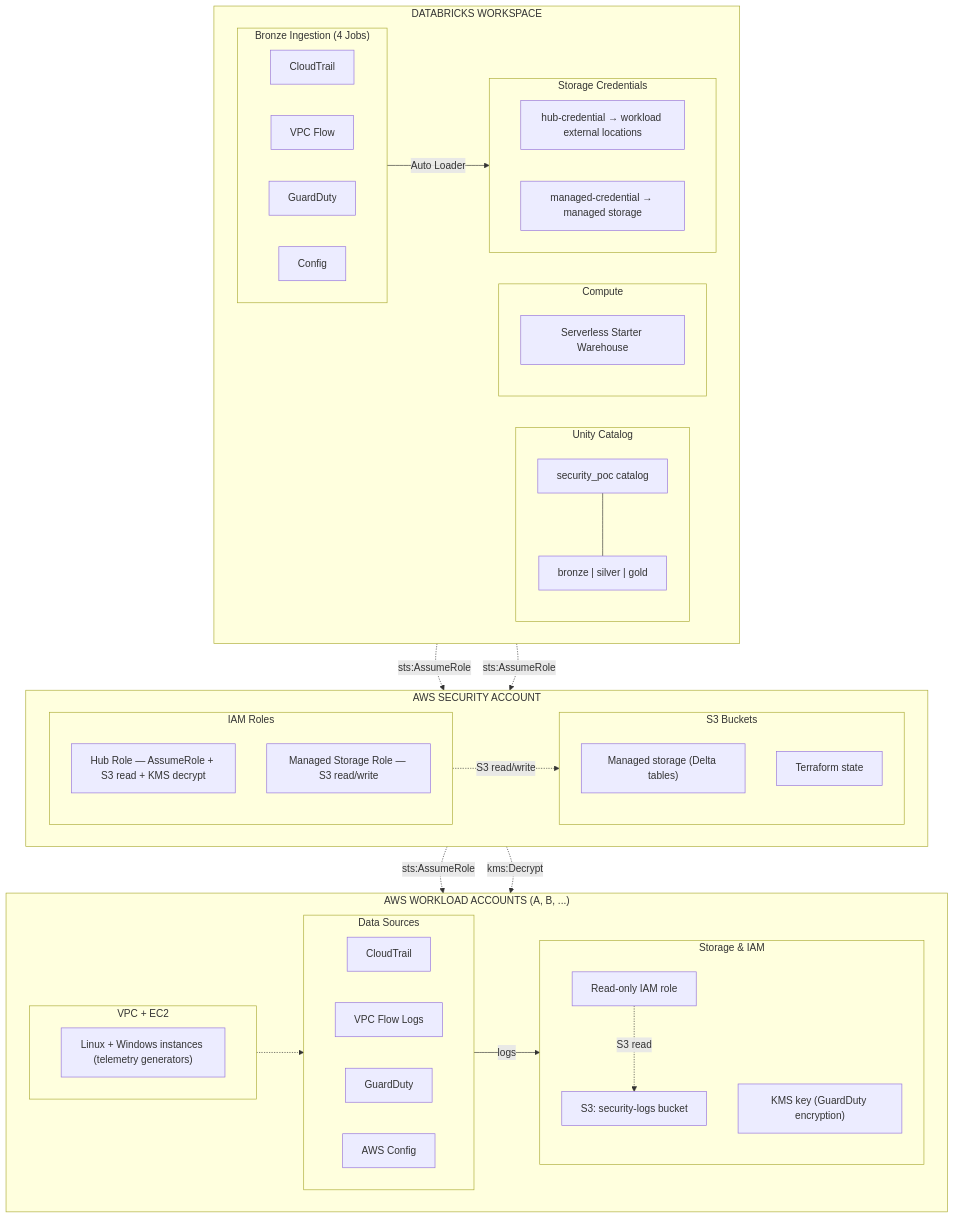
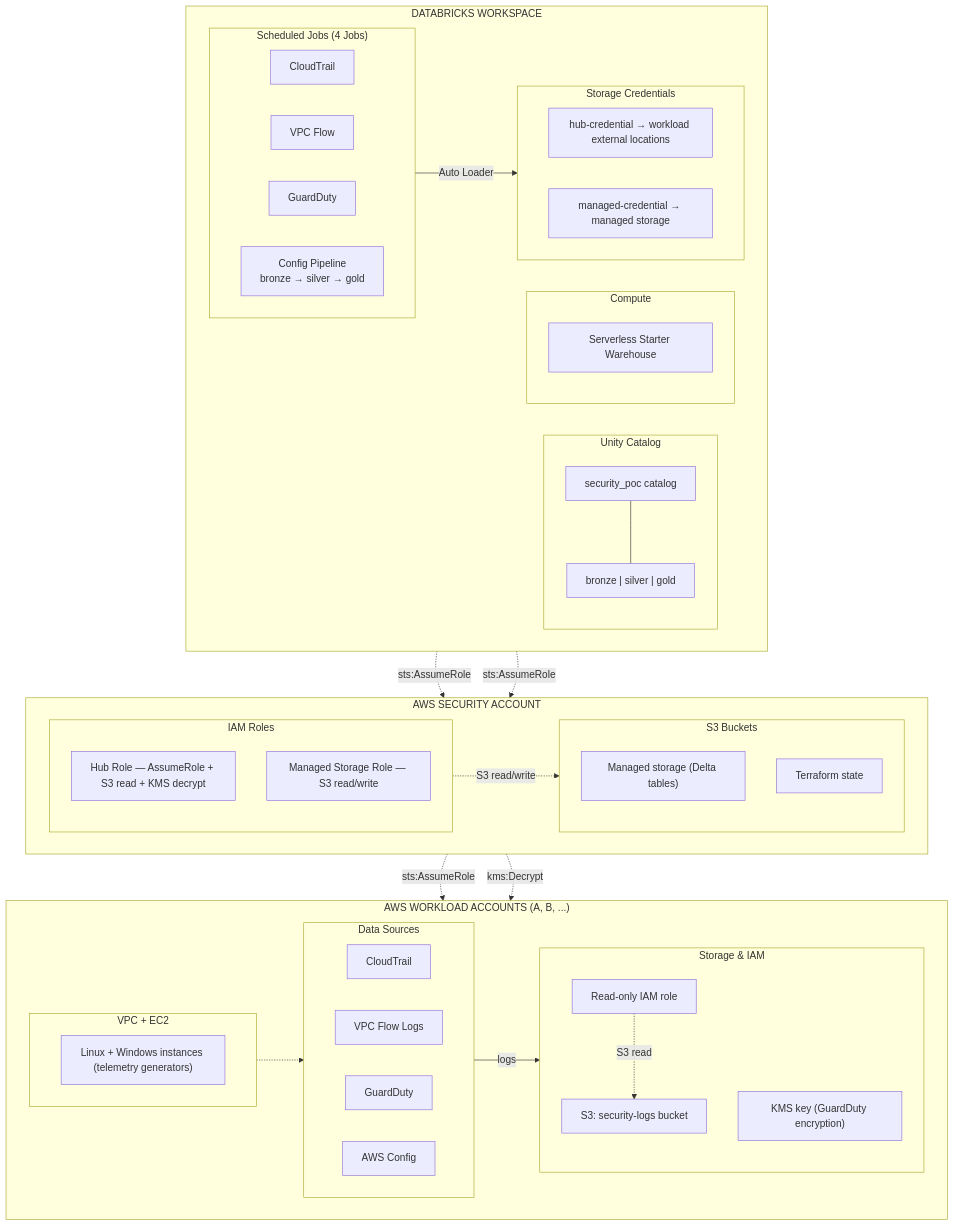
One commit to snk5125/security-data-platform changed the diagram in README.md. Above: the diagram before and after it, drawn with Mermaid. The commit also changed other lines of this file and 11 other files, not shown here.

Commit message:
Added silver and gold layers

```diff
--- a/README.md
+++ b/README.md
@@ -34,12 +34,12 @@
             DW["Serverless Starter Warehouse"]
         end
 
-        subgraph JOBS ["Bronze Ingestion (4 Jobs)"]
+        subgraph JOBS ["Scheduled Jobs (4 Jobs)"]
             direction LR
             J1["CloudTrail"]
             J2["VPC Flow"]
             J3["GuardDuty"]
-            J4["Config"]
+            J4["Config Pipeline<br/>bronze → silver → gold"]
         end
 
         subgraph CREDS ["Storage Credentials"]
```
